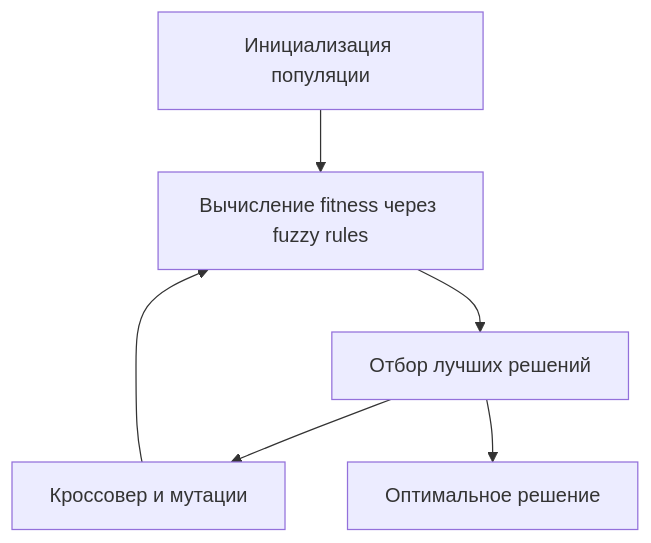
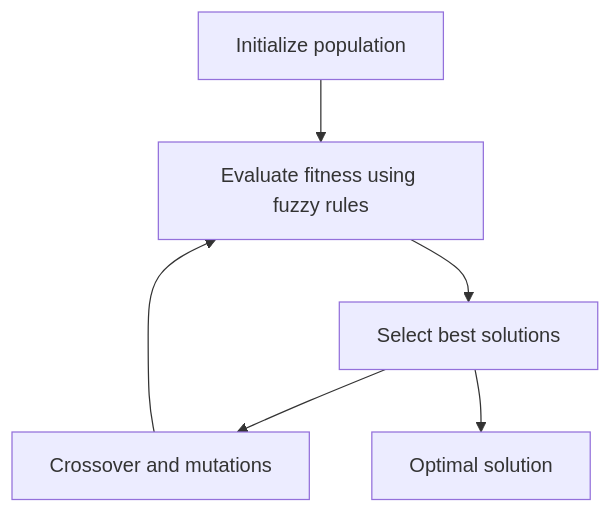
One commit to chybatronik/fuzzy_ga changed the diagram in README.md. Above: the diagram before and after it, drawn with Mermaid. The commit also changed other lines of this file, not shown here.

````diff
--- a/README.md
+++ b/README.md
@@ -53,8 +53,8 @@
 ```mermaid
 flowchart TD
-    A[Инициализация популяции] --> B[Вычисление fitness через fuzzy rules]
-    B --> C[Отбор лучших решений]
-    C --> D[Кроссовер и мутации]
+    A[Initialize population] --> B[Evaluate fitness using fuzzy rules]
+    B --> C[Select best solutions]
+    C --> D[Crossover and mutations]
     D --> B
-    C --> E[Оптимальное решение]
+    C --> E[Optimal solution]
 ```
````
